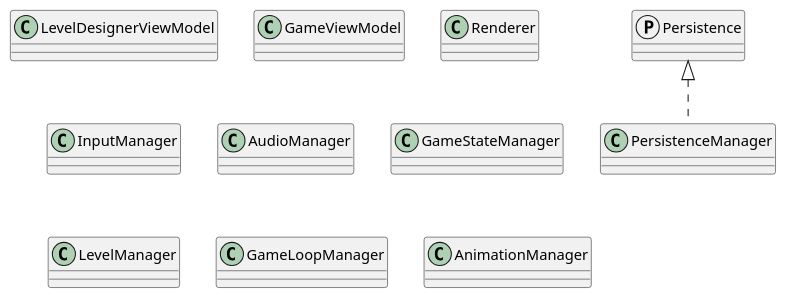
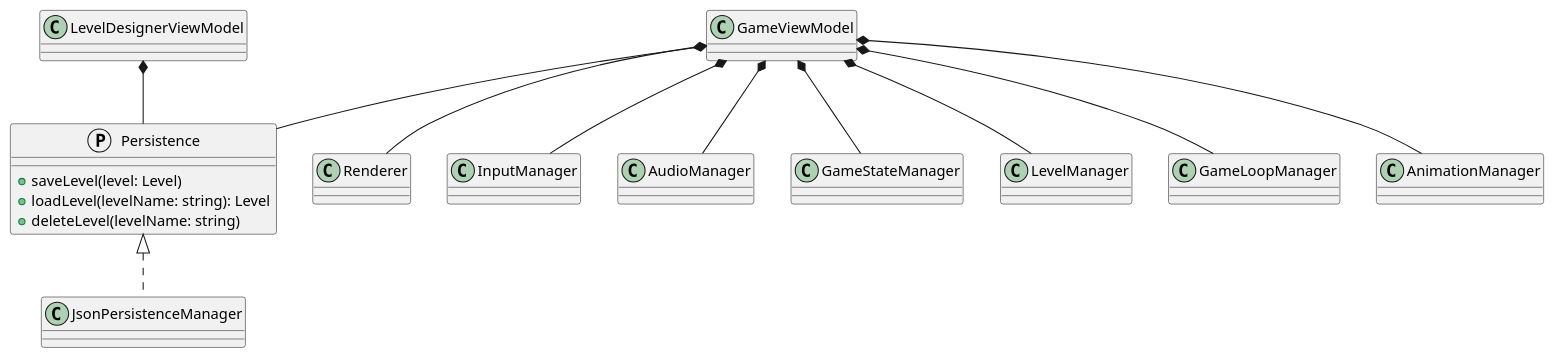
One commit to JCSnap/cs3217-sample-architecture changed the diagram in plantuml/high-level.puml. Above: the diagram before and after it, drawn with PlantUML. The commit also changed 1 other file, not shown here.

Commit message:
add high level architecture

```diff
--- a/plantuml/high-level.puml
+++ b/plantuml/high-level.puml
@@ -1,35 +1,48 @@
 @startuml
 class LevelDesignerViewModel {
 }
 
 class GameViewModel {
 }
 
 class Renderer {
 }
 
 protocol Persistence {
+    +saveLevel(level: Level)
+    +loadLevel(levelName: string): Level
+    +deleteLevel(levelName: string)
 }
 
-class PersistenceManager implements Persistence {
+class JsonPersistenceManager implements Persistence {
 }
 
 class InputManager {
 }
 
 class AudioManager {
 }
 
 class GameStateManager {
 }
 
 class LevelManager {
 }
 
 class GameLoopManager {
 }
 
 class AnimationManager {
 }
 
+LevelDesignerViewModel *-- Persistence
+GameViewModel *-- Persistence
+GameViewModel *-- Renderer
+GameViewModel *-- InputManager
+GameViewModel *-- AudioManager
+GameViewModel *-- GameStateManager
+GameViewModel *-- LevelManager
+GameViewModel *-- GameLoopManager
+GameViewModel *-- AnimationManager
+
 @enduml
```
